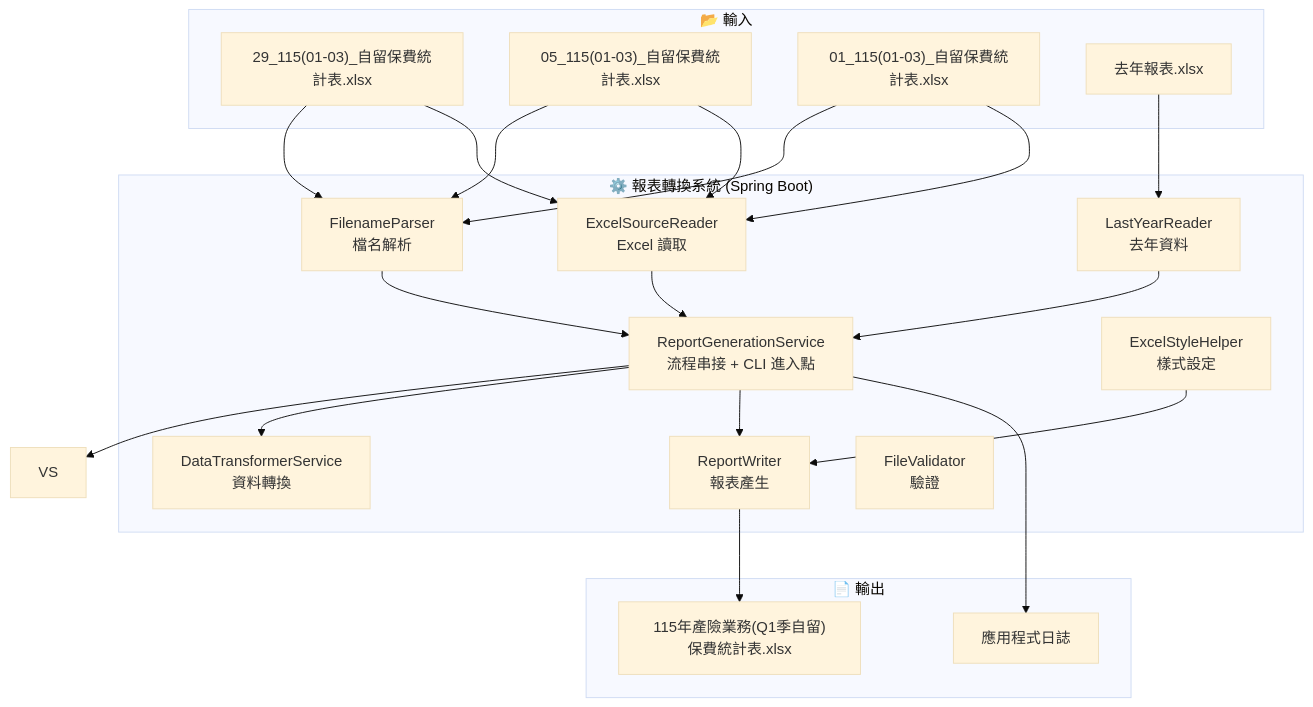
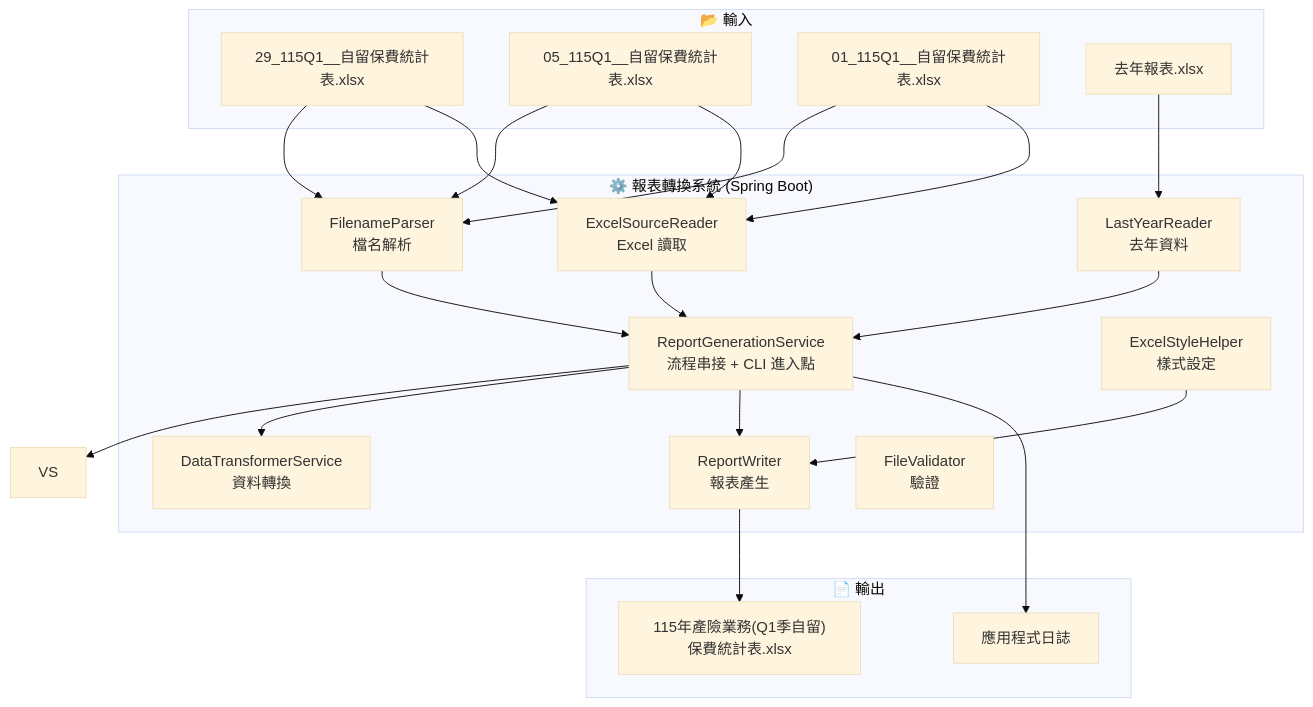
Before and after one commit to seawaterfoods/retained-premium-report-transformer: the first of 2 diagrams in docs/04-系統架構圖.md, drawn with Mermaid (base theme). The commit also changed 12 other files, not shown here.

````diff
--- a/docs/04-系統架構圖.md
+++ b/docs/04-系統架構圖.md
@@ -9,42 +9,42 @@
 ```mermaid
 graph TB
     subgraph Input["📂 輸入"]
-        SRC1["29_115(01-03)_自留保費統計表.xlsx"]
-        SRC2["05_115(01-03)_自留保費統計表.xlsx"]
-        SRC3["01_115(01-03)_自留保費統計表.xlsx"]
+        SRC1["29_115Q1__自留保費統計表.xlsx"]
+        SRC2["05_115Q1__自留保費統計表.xlsx"]
+        SRC3["01_115Q1__自留保費統計表.xlsx"]
         LAST["去年報表.xlsx"]
     end
 
     subgraph App["⚙️ 報表轉換系統 (Spring Boot)"]
         GEN["ReportGenerationService<br/>流程串接 + CLI 進入點"]
         FP["FilenameParser<br/>檔名解析"]
         ER["ExcelSourceReader<br/>Excel 讀取"]
         DT["DataTransformerService<br/>資料轉換"]
         RW["ReportWriter<br/>報表產生"]
         ESH["ExcelStyleHelper<br/>樣式設定"]
         LY["LastYearReader<br/>去年資料"]
         FV["FileValidator<br/>驗證"]
     end
 
     subgraph Output["📄 輸出"]
         OUT["115年產險業務(Q1季自留)保費統計表.xlsx"]
         LOG["應用程式日誌"]
     end
 
     SRC1 --> FP
     SRC2 --> FP
     SRC3 --> FP
     FP --> GEN
     SRC1 --> ER
     SRC2 --> ER
     SRC3 --> ER
     ER --> GEN
     GEN --> VS
     GEN --> DT
     LAST --> LY
     LY --> GEN
     GEN --> RW
     ESH --> RW
     RW --> OUT
     GEN --> LOG
 ```
````
